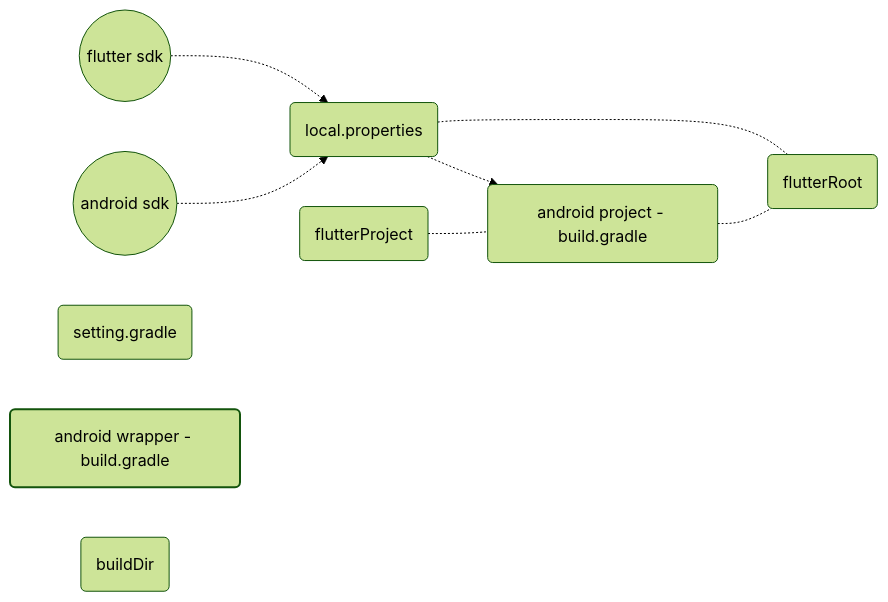
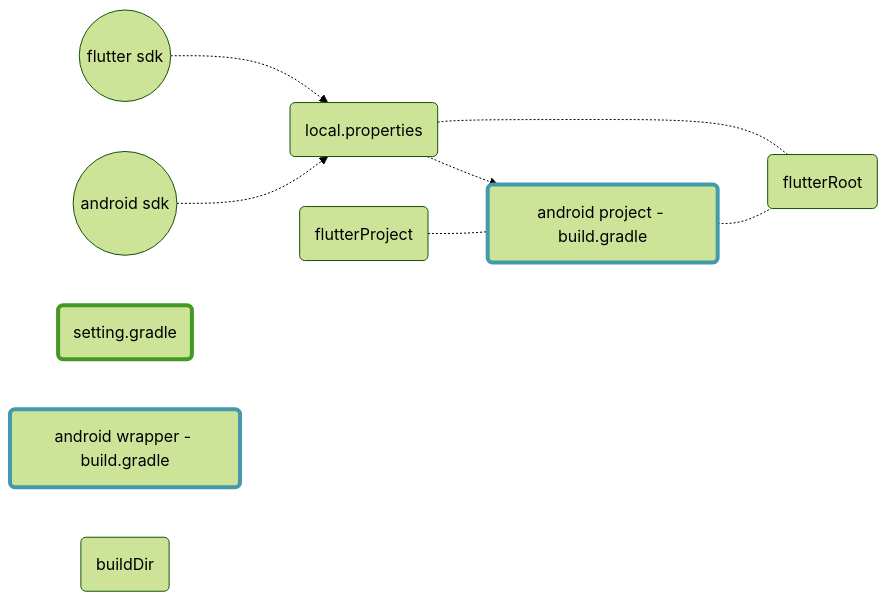
The second of 3 diagrams in flutter/addAndroidProjIntoFlutter.md (gordianknotC/nxp_note), drawn with Mermaid (forest theme) before and after one commit. The commit also changed other lines of this file, not shown here.

Commit message:
flutter/addAndroidProjIntoFlutter.md updated from https://stackedit.io/

````diff
--- a/flutter/addAndroidProjIntoFlutter.md
+++ b/flutter/addAndroidProjIntoFlutter.md
@@ -241,22 +241,25 @@
 ```mermaid
 graph LR
 	fdk((flutter sdk))
 	adk((android sdk))
 	loc(local.properties)
 	
 	set(setting.gradle)
 	b1(android wrapper - build.gradle)
 	b2(android project - build.gradle)
-	style b1 stroke-width:2px
+	style b1 stroke-width:4px, stroke:#49a
+	style b2 stroke-width:4px, stroke:#49a
+	style set stroke-width:4px, stroke:#49a
+	style set stroke-width:4px, stroke:#492
 
 	dfr(flutterRoot)
 	dfp(flutterProject)
 	dfb(buildDir)
 	
 	fdk -.-> loc
 	adk -.-> loc
 	loc -.-> b2
 	loc -.- dfr
 	b2 -.- dfr
 	dfp -.- b2
 ```
````
